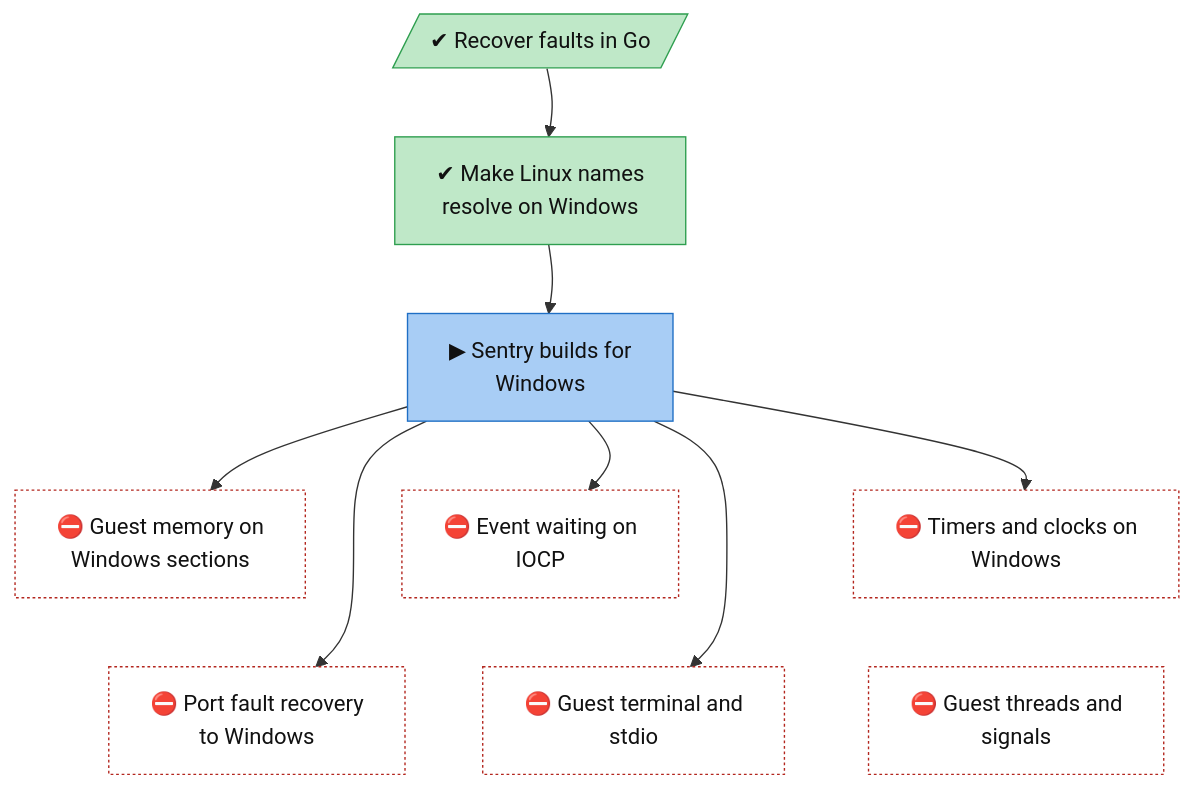
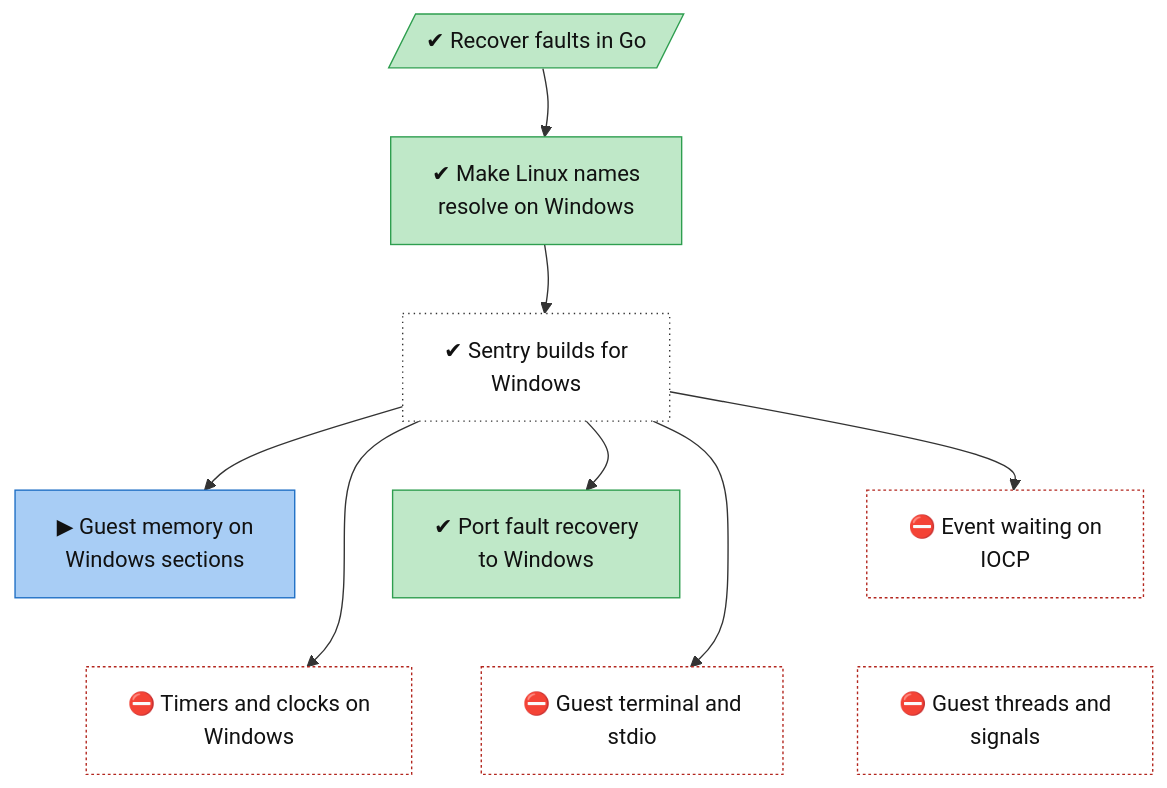
One commit to lhns/gvisor-windows changed the diagram in docs/roadmap/tracks/sentry.md. Above: the diagram before and after it, drawn with Mermaid. The commit also changed other lines of this file and 5 other files, not shown here.

Commit message:
Record the Sentry host basics result (1b), ADR 0011, roadmap nodes

````diff
--- a/docs/roadmap/tracks/sentry.md
+++ b/docs/roadmap/tracks/sentry.md
@@ -10,44 +10,45 @@
 ```mermaid
 flowchart TB
     sentry_go_fault_recovery[/"✔ Recover faults in Go"/]
     sentry_unix_shim["✔ Make Linux names<br/>resolve on Windows"]
-    sentry_windows_build["▶ Sentry builds for<br/>Windows"]
-    sentry_memory_file_sections["⛔ Guest memory on<br/>Windows sections"]
+    sentry_windows_build["✔ Sentry builds for<br/>Windows"]
+    sentry_memory_file_sections["▶ Guest memory on<br/>Windows sections"]
+    sentry_fault_recovery["✔ Port fault recovery<br/>to Windows"]
     sentry_event_loop_iocp["⛔ Event waiting on<br/>IOCP"]
     sentry_timers_and_clocks["⛔ Timers and clocks on<br/>Windows"]
-    sentry_fault_recovery["⛔ Port fault recovery<br/>to Windows"]
     sentry_host_stdio_and_tty["⛔ Guest terminal and<br/>stdio"]
     sentry_threads_and_signals["⛔ Guest threads and<br/>signals"]
     sentry_go_fault_recovery ~~~ sentry_unix_shim
     sentry_unix_shim ~~~ sentry_windows_build
     sentry_windows_build ~~~ sentry_memory_file_sections
+    sentry_windows_build ~~~ sentry_fault_recovery
     sentry_windows_build ~~~ sentry_event_loop_iocp
-    sentry_windows_build ~~~ sentry_timers_and_clocks
-    sentry_memory_file_sections ~~~ sentry_fault_recovery
-    sentry_event_loop_iocp ~~~ sentry_host_stdio_and_tty
-    sentry_timers_and_clocks ~~~ sentry_threads_and_signals
+    sentry_memory_file_sections ~~~ sentry_timers_and_clocks
+    sentry_fault_recovery ~~~ sentry_host_stdio_and_tty
+    sentry_event_loop_iocp ~~~ sentry_threads_and_signals
     sentry_go_fault_recovery --> sentry_unix_shim
     sentry_unix_shim --> sentry_windows_build
     sentry_windows_build --> sentry_memory_file_sections
+    sentry_windows_build --> sentry_fault_recovery
     sentry_windows_build --> sentry_event_loop_iocp
     sentry_windows_build --> sentry_timers_and_clocks
-    sentry_windows_build --> sentry_fault_recovery
     sentry_windows_build --> sentry_host_stdio_and_tty
     classDef vsucc fill:#2e9e4f,stroke:#1b6b34,color:#fff
     classDef succ fill:#bfe8c8,stroke:#2e9e4f,color:#111
     classDef mixed fill:#ffd37a,stroke:#c98a00,color:#111
     classDef bad fill:#f28b82,stroke:#b3261e,color:#111
     classDef dead fill:#e6e6e6,stroke:#777,stroke-dasharray:5 5,color:#555
     classDef inprog fill:#a8cdf5,stroke:#1f6fc5,color:#111
     classDef next fill:#fff,stroke:#333,color:#111
     classDef blocked fill:#fff,stroke:#b3261e,stroke-dasharray:2 2,color:#111
     classDef parked fill:#f3f3f3,stroke:#999,color:#555
     classDef unrated fill:#fff,stroke:#333,stroke-dasharray:1 3,color:#111
     classDef gate fill:#d9c2f0,stroke:#7b3fb5,color:#111
     classDef decided fill:#ece0f7,stroke:#7b3fb5,stroke-dasharray:2 2,color:#111
     classDef finding fill:#ffe0b2,stroke:#d84315,stroke-width:2px,color:#111
     classDef waiting fill:#e3f2fd,stroke:#1f6fc5,stroke-dasharray:5 5,color:#111
-    class sentry_go_fault_recovery,sentry_unix_shim succ
-    class sentry_windows_build inprog
-    class sentry_memory_file_sections,sentry_event_loop_iocp,sentry_timers_and_clocks,sentry_fault_recovery,sentry_host_stdio_and_tty,sentry_threads_and_signals blocked
+    class sentry_go_fault_recovery,sentry_unix_shim,sentry_fault_recovery succ
+    class sentry_windows_build unrated
+    class sentry_memory_file_sections inprog
+    class sentry_event_loop_iocp,sentry_timers_and_clocks,sentry_host_stdio_and_tty,sentry_threads_and_signals blocked
 ```
````
